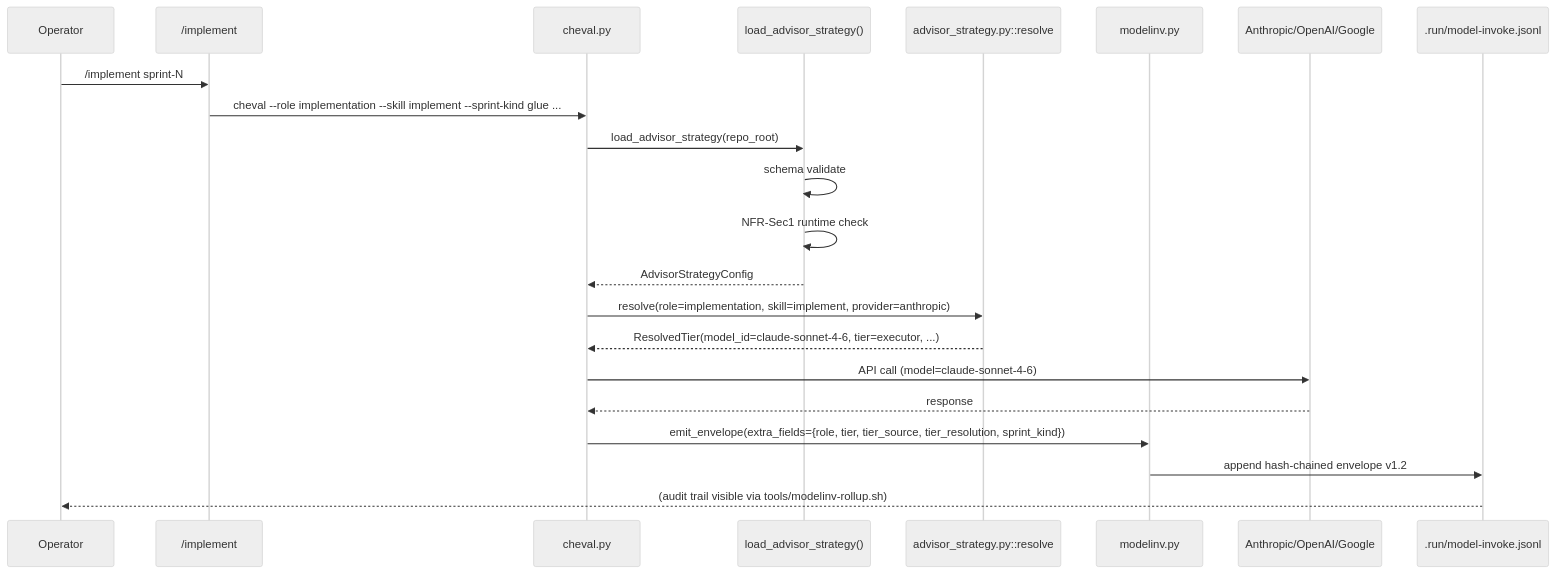
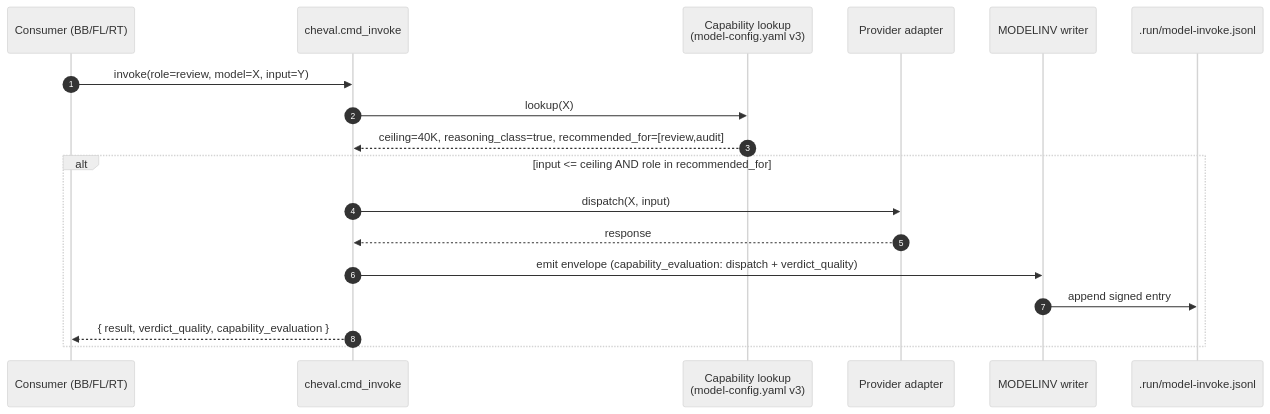
One commit to 0xHoneyJar/loa changed the second of 4 diagrams in grimoires/loa/sdd.md. Above: the diagram before and after it, drawn with Mermaid (neutral theme). The commit also changed other lines of this file and 4 other files, not shown here.

````diff
--- a/grimoires/loa/sdd.md
+++ b/grimoires/loa/sdd.md
@@ -1332,25 +208,21 @@
 ```mermaid
 sequenceDiagram
-    participant Op as Operator
-    participant Skill as /implement
-    participant Cheval as cheval.py
-    participant Loader as load_advisor_strategy()
-    participant Resolver as advisor_strategy.py::resolve
-    participant Modelinv as modelinv.py
-    participant Provider as Anthropic/OpenAI/Google
-    participant Audit as .run/model-invoke.jsonl
+    autonumber
+    participant Consumer as Consumer (BB/FL/RT)
+    participant Cheval as cheval.cmd_invoke
+    participant Cap as Capability lookup<br/>(model-config.yaml v3)
+    participant Adapter as Provider adapter
+    participant ENV as MODELINV writer
+    participant Log as .run/model-invoke.jsonl
 
-    Op->>Skill: /implement sprint-N
-    Skill->>Cheval: cheval --role implementation --skill implement --sprint-kind glue ...
-    Cheval->>Loader: load_advisor_strategy(repo_root)
-    Loader->>Loader: schema validate
-    Loader->>Loader: NFR-Sec1 runtime check
-    Loader-->>Cheval: AdvisorStrategyConfig
-    Cheval->>Resolver: resolve(role=implementation, skill=implement, provider=anthropic)
-    Resolver-->>Cheval: ResolvedTier(model_id=claude-sonnet-4-6, tier=executor, ...)
-    Cheval->>Provider: API call (model=claude-sonnet-4-6)
-    Provider-->>Cheval: response
-    Cheval->>Modelinv: emit_envelope(extra_fields={role, tier, tier_source, tier_resolution, sprint_kind})
-    Modelinv->>Audit: append hash-chained envelope v1.2
-    Audit-->>Op: (audit trail visible via tools/modelinv-rollup.sh)
+    Consumer->>Cheval: invoke(role=review, model=X, input=Y)
+    Cheval->>Cap: lookup(X)
+    Cap-->>Cheval: ceiling=40K, reasoning_class=true, recommended_for=[review,audit]
+    alt input <= ceiling AND role in recommended_for
+        Cheval->>Adapter: dispatch(X, input)
+        Adapter-->>Cheval: response
+        Cheval->>ENV: emit envelope (capability_evaluation: dispatch + verdict_quality)
+        ENV->>Log: append signed entry
+        Cheval-->>Consumer: { result, verdict_quality, capability_evaluation }
+    end
 ```
````
